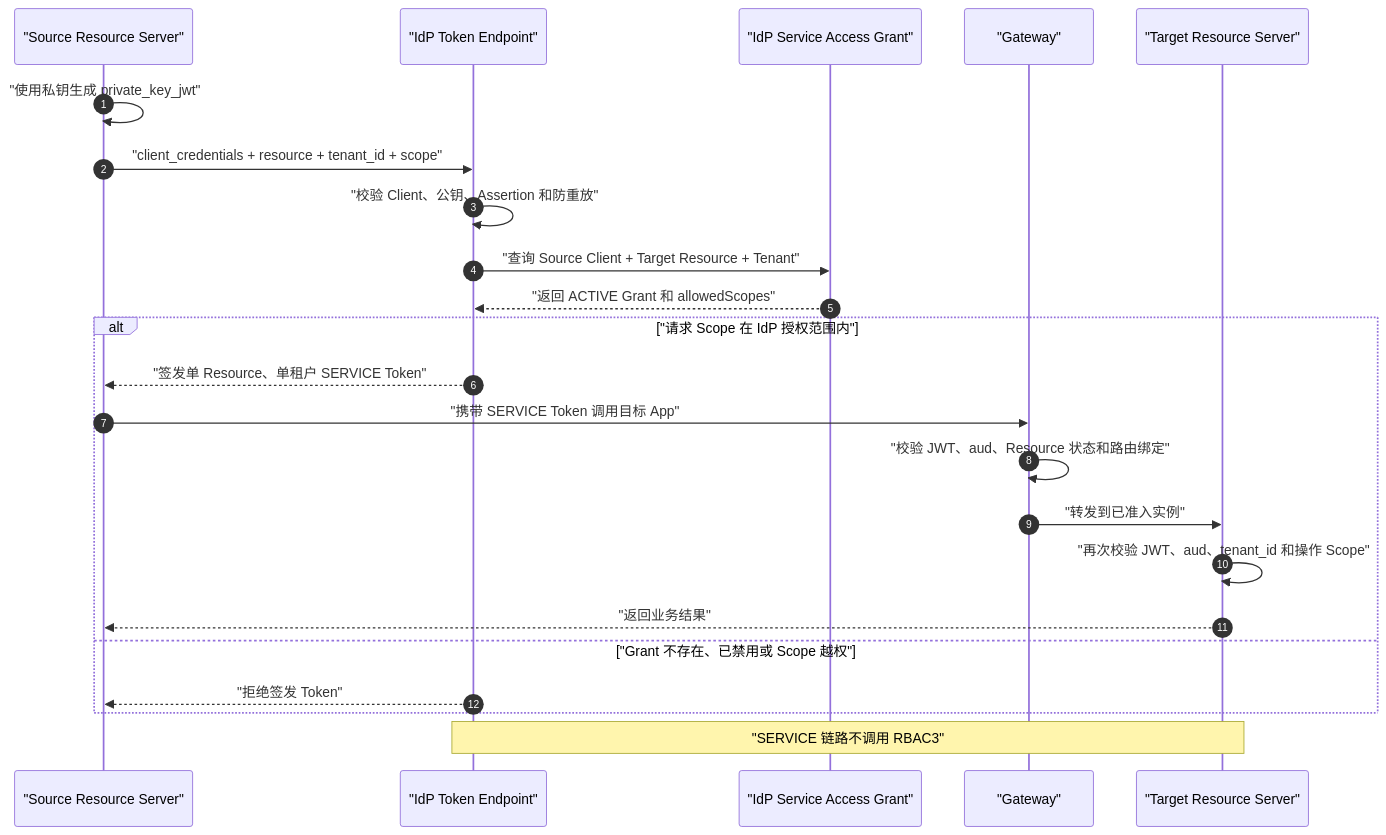
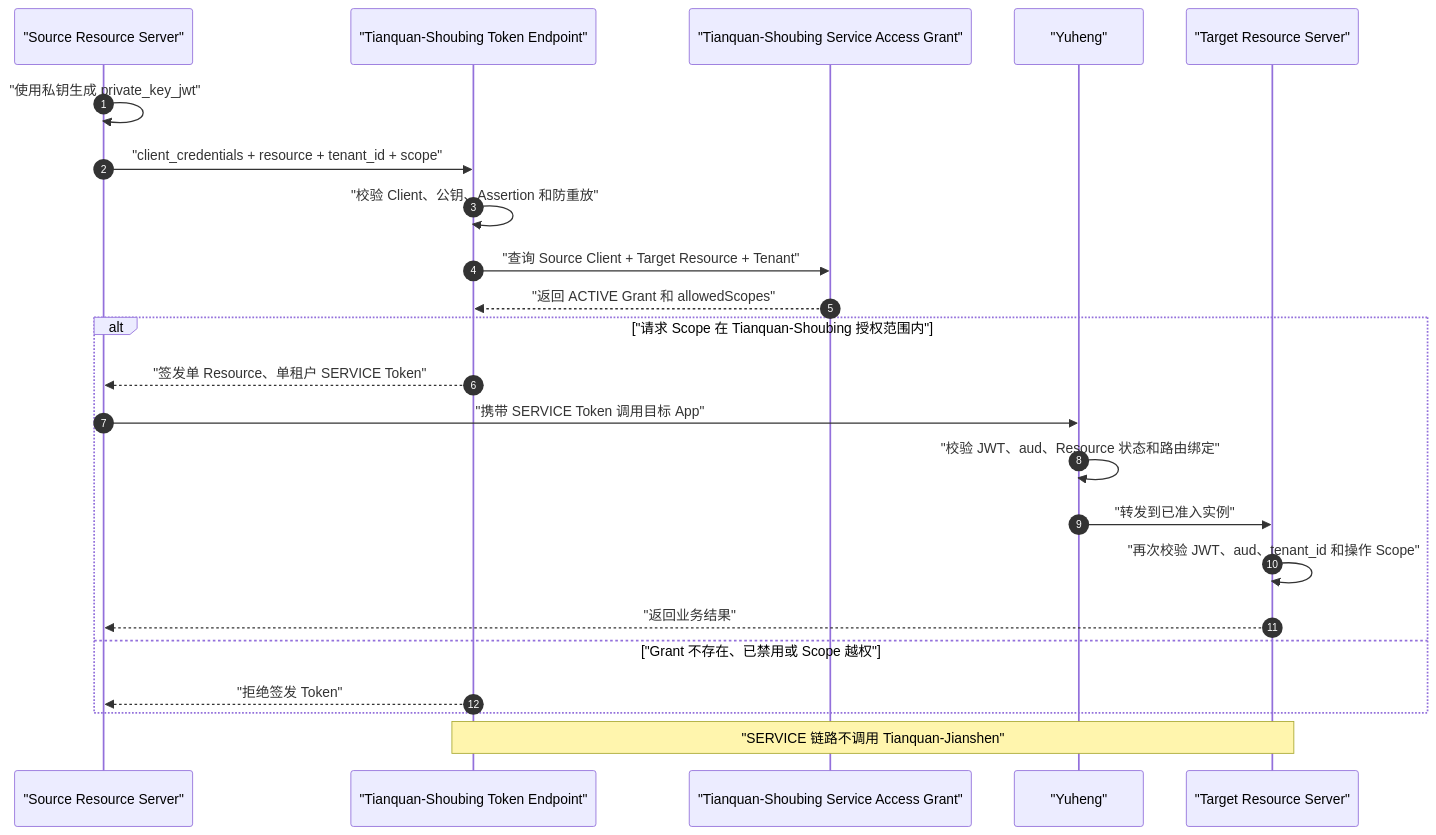
The second of 2 diagrams in docs/superpowers/specs/2026-08-10-oauth2-resource-server-admission-design.md (AllenDEricDAlexander/Egon-COLA), drawn with Mermaid before and after one commit. The commit also changed other lines of this file and 233 other files, not shown here.

````diff
--- a/docs/superpowers/specs/2026-08-10-oauth2-resource-server-admission-design.md
+++ b/docs/superpowers/specs/2026-08-10-oauth2-resource-server-admission-design.md
@@ -500,28 +500,28 @@
 ```mermaid
 sequenceDiagram
     autonumber
     participant Source as "Source Resource Server"
-    participant IdP as "IdP Token Endpoint"
-    participant Grant as "IdP Service Access Grant"
-    participant Gateway as "Gateway"
+    participant Tianquan-Shoubing as "Tianquan-Shoubing Token Endpoint"
+    participant Grant as "Tianquan-Shoubing Service Access Grant"
+    participant Yuheng as "Yuheng"
     participant Target as "Target Resource Server"
 
     Source->>Source: "使用私钥生成 private_key_jwt"
-    Source->>IdP: "client_credentials + resource + tenant_id + scope"
-    IdP->>IdP: "校验 Client、公钥、Assertion 和防重放"
-    IdP->>Grant: "查询 Source Client + Target Resource + Tenant"
-    Grant-->>IdP: "返回 ACTIVE Grant 和 allowedScopes"
+    Source->>Tianquan-Shoubing: "client_credentials + resource + tenant_id + scope"
+    Tianquan-Shoubing->>Tianquan-Shoubing: "校验 Client、公钥、Assertion 和防重放"
+    Tianquan-Shoubing->>Grant: "查询 Source Client + Target Resource + Tenant"
+    Grant-->>Tianquan-Shoubing: "返回 ACTIVE Grant 和 allowedScopes"
 
-    alt "请求 Scope 在 IdP 授权范围内"
-        IdP-->>Source: "签发单 Resource、单租户 SERVICE Token"
-        Source->>Gateway: "携带 SERVICE Token 调用目标 App"
-        Gateway->>Gateway: "校验 JWT、aud、Resource 状态和路由绑定"
-        Gateway->>Target: "转发到已准入实例"
+    alt "请求 Scope 在 Tianquan-Shoubing 授权范围内"
+        Tianquan-Shoubing-->>Source: "签发单 Resource、单租户 SERVICE Token"
+        Source->>Yuheng: "携带 SERVICE Token 调用目标 App"
+        Yuheng->>Yuheng: "校验 JWT、aud、Resource 状态和路由绑定"
+        Yuheng->>Target: "转发到已准入实例"
         Target->>Target: "再次校验 JWT、aud、tenant_id 和操作 Scope"
         Target-->>Source: "返回业务结果"
     else "Grant 不存在、已禁用或 Scope 越权"
-        IdP-->>Source: "拒绝签发 Token"
+        Tianquan-Shoubing-->>Source: "拒绝签发 Token"
     end
 
-    Note over IdP,Target: "SERVICE 链路不调用 RBAC3"
+    Note over Tianquan-Shoubing,Target: "SERVICE 链路不调用 Tianquan-Jianshen"
 ```
````
